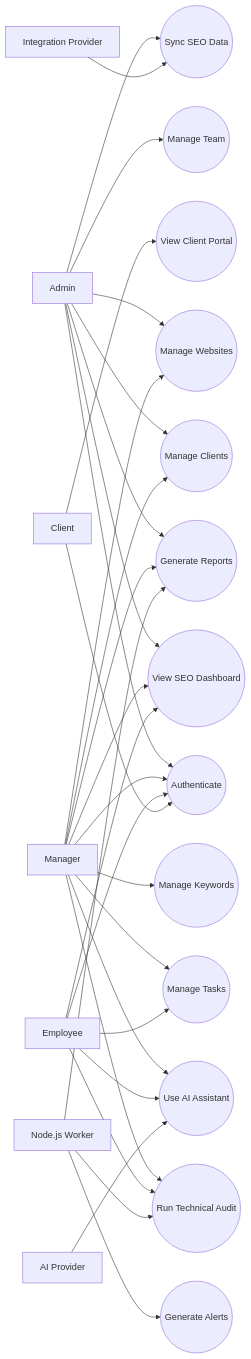
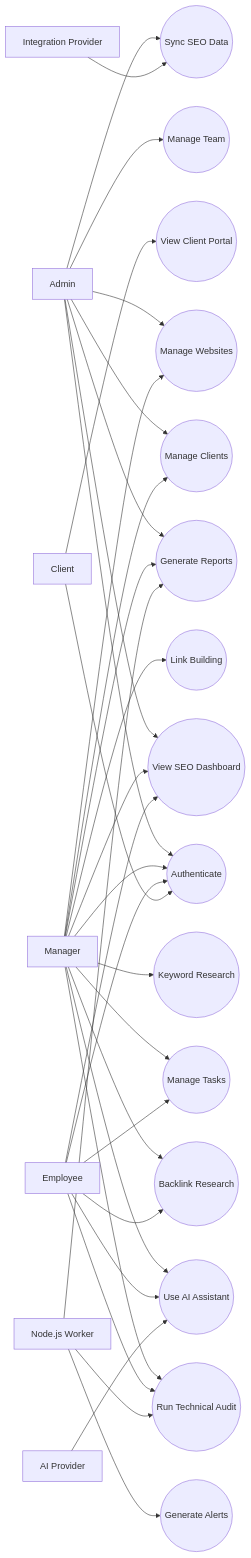
One commit to farhansldm/SLDM-seo changed the second of 11 diagrams in features-use-cases-10-day-timeline.md. Above: the diagram before and after it, drawn with Mermaid. The commit also changed other lines of this file and 2 other files, not shown here.

````diff
--- a/features-use-cases-10-day-timeline.md
+++ b/features-use-cases-10-day-timeline.md
@@ -308,57 +356,62 @@
 ```mermaid
 flowchart LR
     Admin[Admin]
     Manager[Manager]
     Employee[Employee]
     Client[Client]
     Worker[Node.js Worker]
     Integration[Integration Provider]
     AI[AI Provider]
 
     Auth((Authenticate))
     ManageTeam((Manage Team))
     ManageClients((Manage Clients))
     ManageWebsites((Manage Websites))
     ViewDashboard((View SEO Dashboard))
-    ManageKeywords((Manage Keywords))
+    ManageKeywords((Keyword Research))
+    BacklinkResearch((Backlink Research))
+    LinkBuilding((Link Building))
     RunAudit((Run Technical Audit))
     ManageTasks((Manage Tasks))
     GenerateReports((Generate Reports))
     ViewPortal((View Client Portal))
     UseAI((Use AI Assistant))
     SyncData((Sync SEO Data))
     GenerateAlerts((Generate Alerts))
 
     Admin --> Auth
     Admin --> ManageTeam
     Admin --> ManageClients
     Admin --> ManageWebsites
     Admin --> ViewDashboard
     Admin --> GenerateReports
     Admin --> SyncData
 
     Manager --> Auth
     Manager --> ManageClients
     Manager --> ManageWebsites
     Manager --> ViewDashboard
     Manager --> ManageKeywords
+    Manager --> BacklinkResearch
+    Manager --> LinkBuilding
     Manager --> RunAudit
     Manager --> ManageTasks
     Manager --> GenerateReports
     Manager --> UseAI
 
     Employee --> Auth
     Employee --> ViewDashboard
+    Employee --> BacklinkResearch
     Employee --> ManageTasks
     Employee --> RunAudit
     Employee --> UseAI
 
     Client --> Auth
     Client --> ViewPortal
 
     Worker --> RunAudit
     Worker --> GenerateReports
     Worker --> GenerateAlerts
     Integration --> SyncData
     AI --> UseAI
 ```
````
